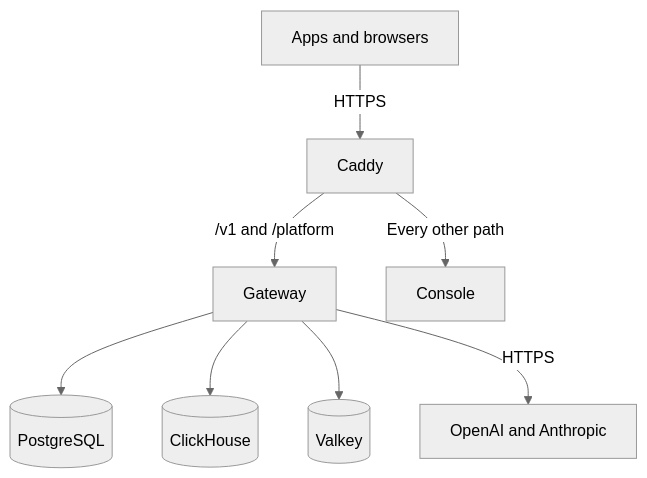
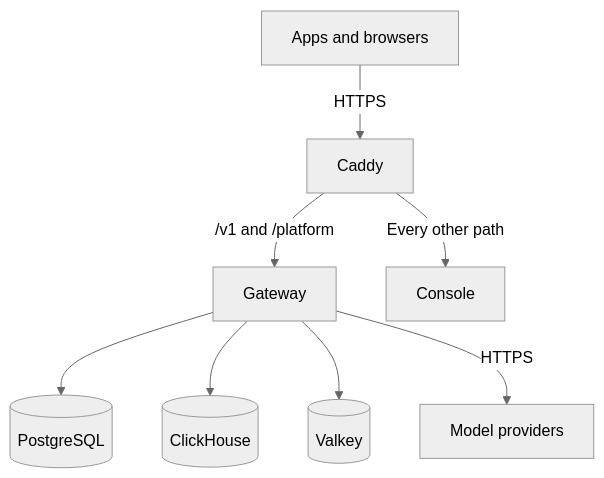
The diagram in apps/docs/content/en/self-hosting/how-it-works.md (logicplanes/kaeso), drawn with Mermaid (neutral theme) before and after one commit. The commit also changed 119 other files, not shown here.

````diff
--- a/apps/docs/content/en/self-hosting/how-it-works.md
+++ b/apps/docs/content/en/self-hosting/how-it-works.md
@@ -10,12 +10,12 @@
 ```mermaid
 flowchart TD
   accTitle: The services of a Kaeso install
   accDescr: Caddy takes HTTPS requests and sends the APIs to the gateway and everything else to the console. Only the gateway reaches PostgreSQL, ClickHouse and Valkey, and it calls the providers.
   clients[Apps and browsers] -->|HTTPS| caddy[Caddy]
   caddy -->|/v1 and /platform| gateway[Gateway]
   caddy -->|Every other path| console[Console]
   gateway --> postgres[(PostgreSQL)]
   gateway --> clickhouse[(ClickHouse)]
   gateway --> valkey[(Valkey)]
-  gateway -->|HTTPS| providers[OpenAI and Anthropic]
+  gateway -->|HTTPS| providers[Model providers]
 ```
````
